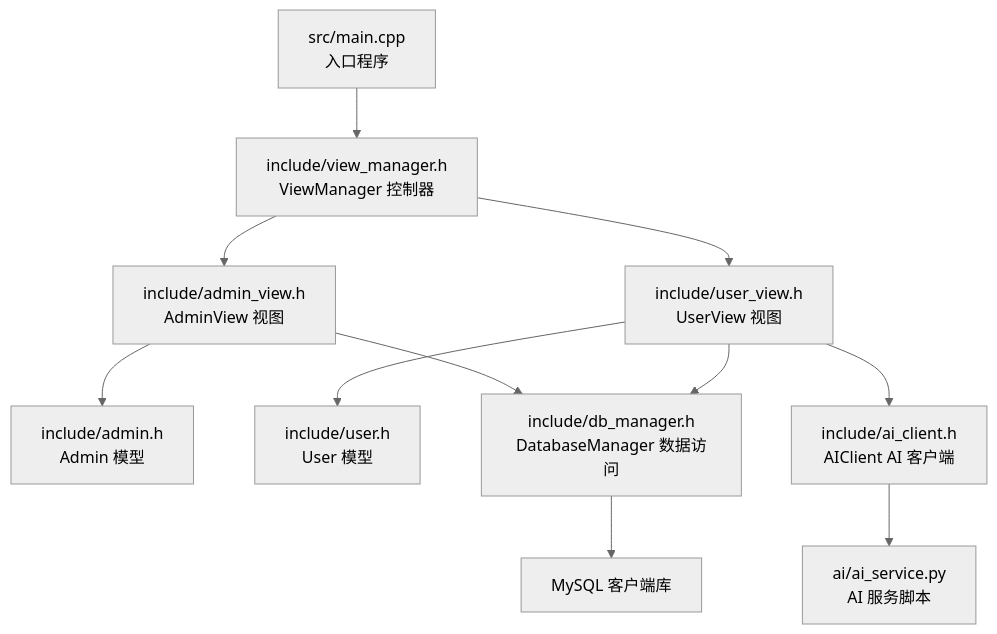
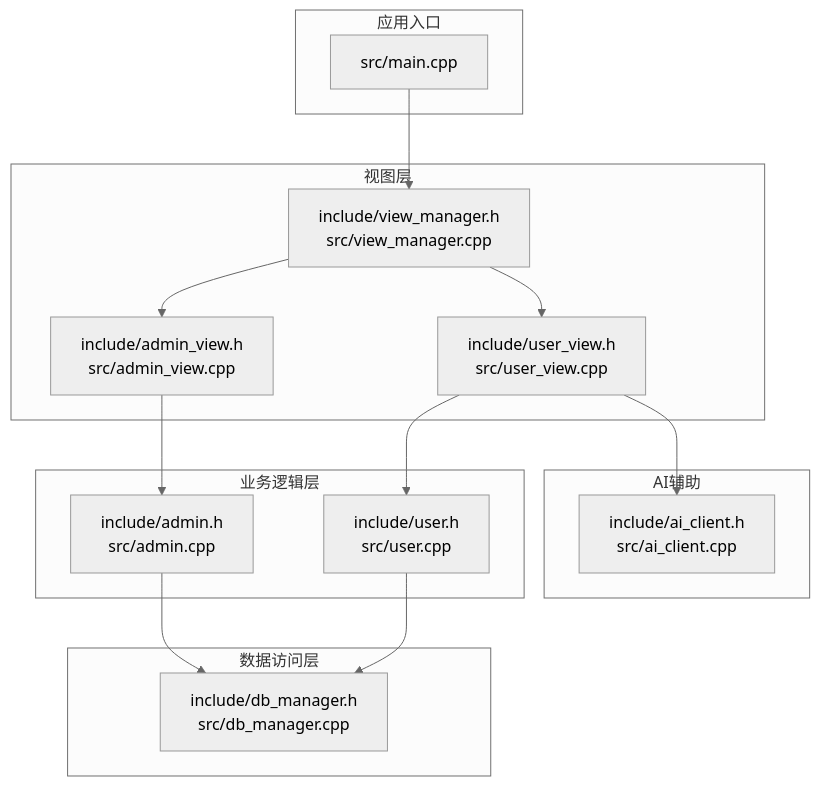
Before and after one commit to jinpeng900/OJ-Test: the first of 7 diagrams in .qoder/repowiki/zh/content/系统架构设计/系统架构设计.md, drawn with Mermaid (neutral theme). The commit also changed other lines of this file and 147 other files, not shown here.

````diff
--- a/.qoder/repowiki/zh/content/系统架构设计/系统架构设计.md
+++ b/.qoder/repowiki/zh/content/系统架构设计/系统架构设计.md
@@ -47,13 +46,29 @@
 ```mermaid
 graph TB
-A["src/main.cpp<br/>入口程序"] --> B["include/view_manager.h<br/>ViewManager 控制器"]
-B --> C["include/admin_view.h<br/>AdminView 视图"]
-B --> D["include/user_view.h<br/>UserView 视图"]
-C --> E["include/admin.h<br/>Admin 模型"]
-D --> F["include/user.h<br/>User 模型"]
-C --> G["include/db_manager.h<br/>DatabaseManager 数据访问"]
-D --> G
-D --> H["include/ai_client.h<br/>AIClient AI 客户端"]
-G --> I["MySQL 客户端库"]
-H --> J["ai/ai_service.py<br/>AI 服务脚本"]
+subgraph "应用入口"
+MAIN["src/main.cpp"]
+end
+subgraph "视图层"
+VM["include/view_manager.h<br/>src/view_manager.cpp"]
+AV["include/admin_view.h<br/>src/admin_view.cpp"]
+UV["include/user_view.h<br/>src/user_view.cpp"]
+end
+subgraph "业务逻辑层"
+ADM["include/admin.h<br/>src/admin.cpp"]
+USR["include/user.h<br/>src/user.cpp"]
+end
+subgraph "数据访问层"
+DB["include/db_manager.h<br/>src/db_manager.cpp"]
+end
+subgraph "AI辅助"
+AI["include/ai_client.h<br/>src/ai_client.cpp"]
+end
+MAIN --> VM
+VM --> AV
+VM --> UV
+AV --> ADM
+UV --> USR
+ADM --> DB
+USR --> DB
+UV --> AI
 ```
````
